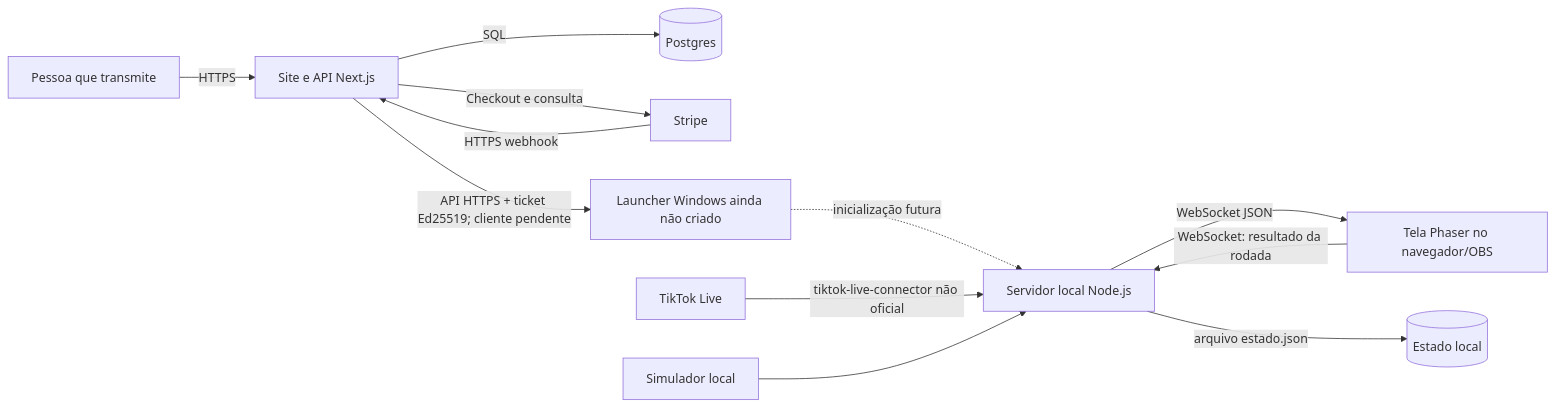
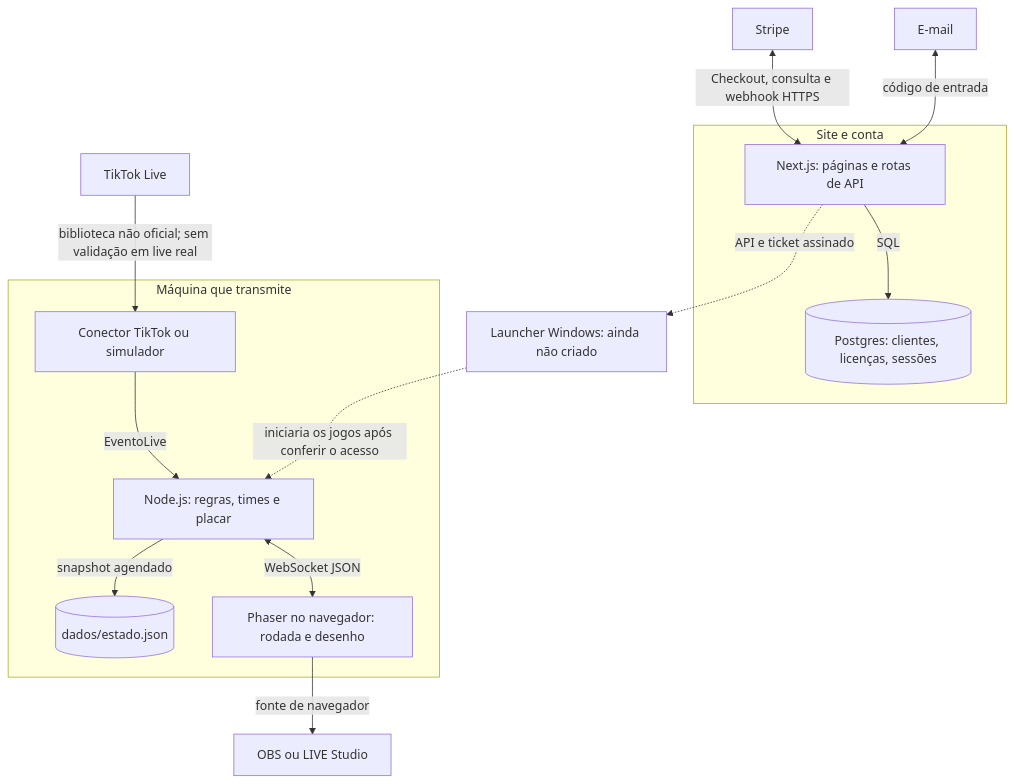
One commit to theuzao/santi-hub-docs changed the second of 6 diagrams in docs/arquitetura.md. Above: the diagram before and after it, drawn with Mermaid. The commit also changed other lines of this file and 1 other file, not shown here.

````diff
--- a/docs/arquitetura.md
+++ b/docs/arquitetura.md
@@ -22,14 +34,25 @@
 ```mermaid
-flowchart LR
-  Cliente[Pessoa que transmite] -->|HTTPS| Site[Site e API Next.js]
-  Site -->|SQL| Banco[(Postgres)]
-  Site -->|Checkout e consulta| Stripe[Stripe]
-  Stripe -->|HTTPS webhook| Site
-  Site -->|API HTTPS + ticket Ed25519; cliente pendente| Launcher[Launcher Windows ainda não criado]
-  Launcher -. inicialização futura .-> Servidor[Servidor local Node.js]
-  TikTok[TikTok Live] -->|tiktok-live-connector não oficial| Servidor
-  Sim[Simulador local] --> Servidor
-  Servidor -->|WebSocket JSON| Tela[Tela Phaser no navegador/OBS]
-  Tela -->|WebSocket: resultado da rodada| Servidor
-  Servidor -->|arquivo estado.json| Arquivo[(Estado local)]
+flowchart TB
+  subgraph Web[Site e conta]
+    Site[Next.js: páginas e rotas de API]
+    DB[(Postgres: clientes, licenças, sessões)]
+    Site -->|SQL| DB
+  end
+
+  subgraph Local[Máquina que transmite]
+    Connector[Conector TikTok ou simulador]
+    Server[Node.js: regras, times e placar]
+    File[(dados/estado.json)]
+    Game[Phaser no navegador: rodada e desenho]
+    Connector -->|EventoLive| Server
+    Server -->|snapshot agendado| File
+    Server <-->|WebSocket JSON| Game
+  end
+
+  Stripe[Stripe] <-->|Checkout, consulta e webhook HTTPS| Site
+  Email[E-mail] <-->|código de entrada| Site
+  TikTok[TikTok Live] -->|biblioteca não oficial; sem validação em live real| Connector
+  Game -->|fonte de navegador| OBS[OBS ou LIVE Studio]
+  Site -. API e ticket assinado .-> Launcher[Launcher Windows: ainda não criado]
+  Launcher -. iniciaria os jogos após conferir o acesso .-> Server
 ```
````
